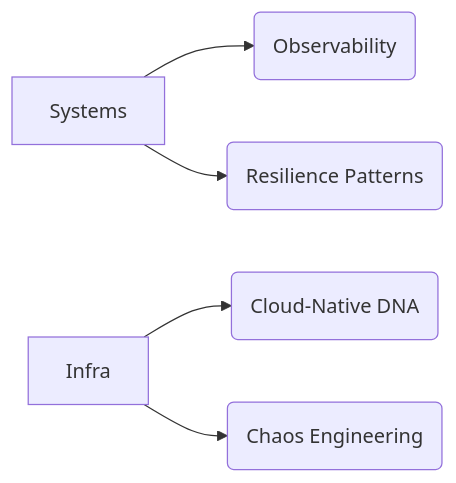
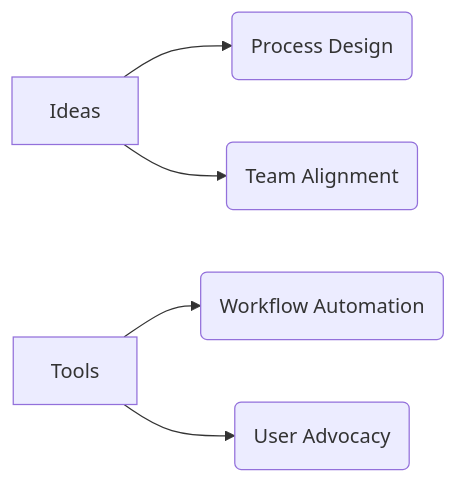
The diagram in README.md (troven-team/.github), drawn with Mermaid before and after one commit. The commit also changed other lines of this file, not shown here.

````diff
--- a/README.md
+++ b/README.md
@@ -24,7 +23,7 @@
 ```mermaid
 graph LR
-  A[Systems] --> B(Observability)
-  A --> C(Resilience Patterns)
-  D[Infra] --> E(Cloud-Native DNA)
-  D --> F(Chaos Engineering)
+  A[Ideas] --> B(Process Design)
+  A --> C(Team Alignment)
+  D[Tools] --> E(Workflow Automation)
+  D --> F(User Advocacy)
 ```
````
